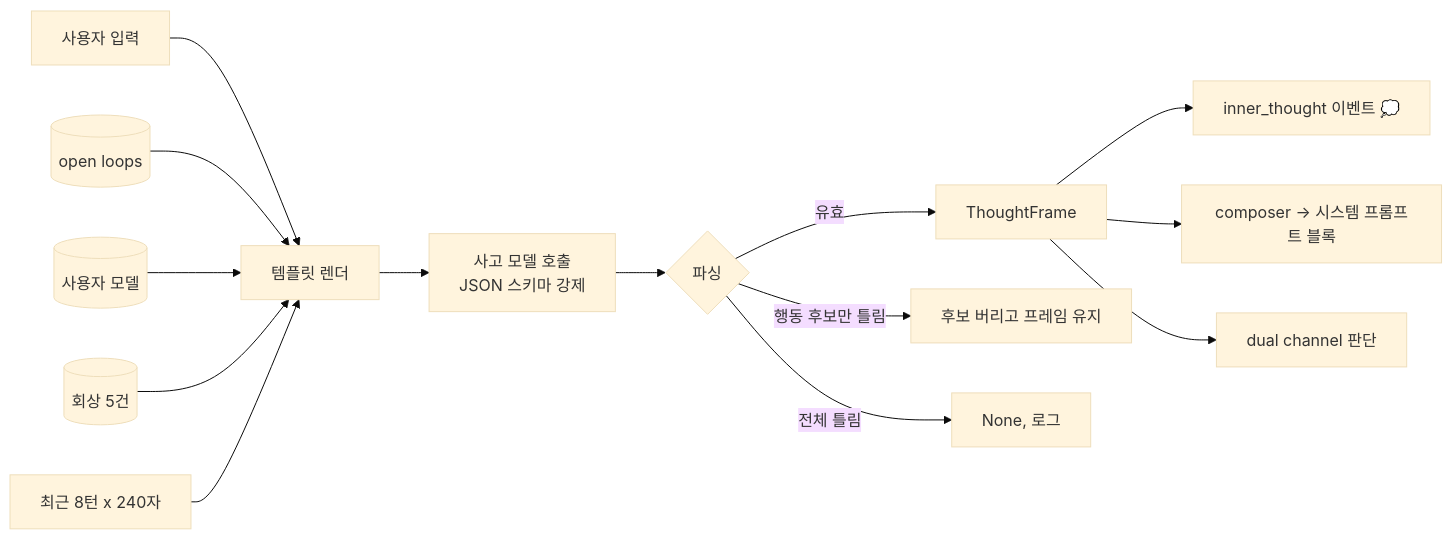
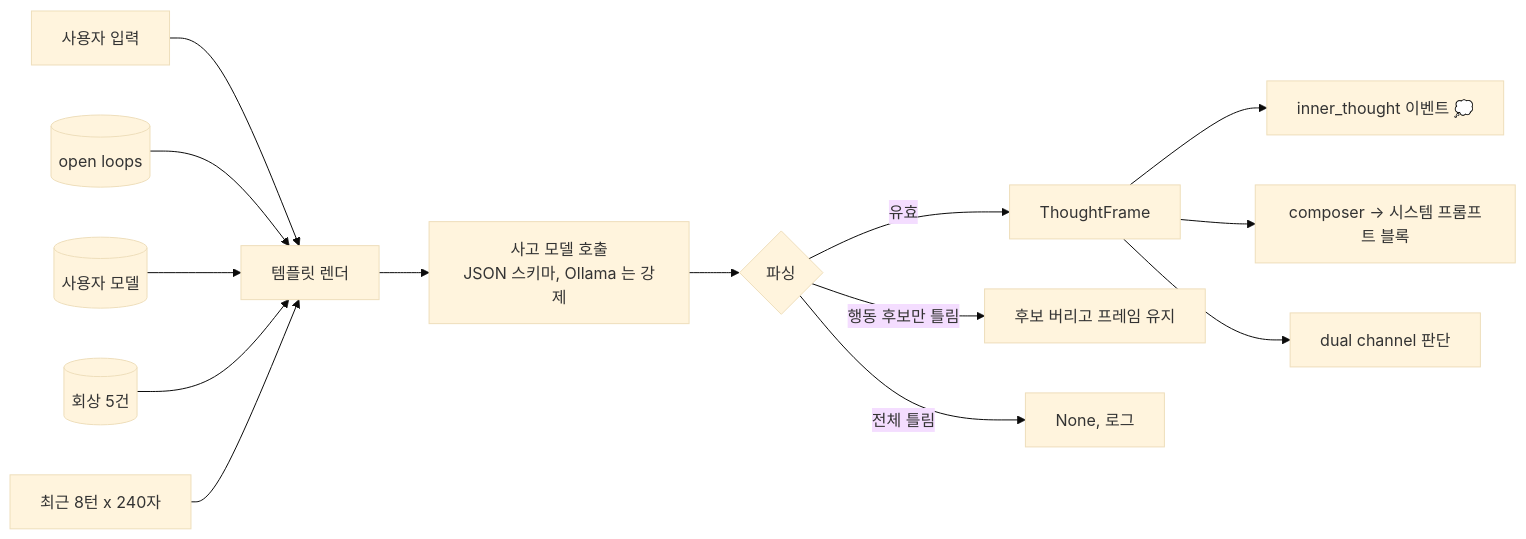
One commit to ash-hun/jarvis-agent changed the first of 4 diagrams in website/docs/concepts/architecture/inner-thought.md. Above: the diagram before and after it, drawn with Mermaid (base theme). The commit also changed other lines of this file and 30 other files, not shown here.

First line of the commit message:
Docs: 기능별 그림 13장과 캡션, mermaid 를 지금 코드에 맞춰, 사라진 메모리 미들웨어와 ThoughtFrame 약속 필드를 지우고 이후 추가된 경로를 그린다 (#179)

````diff
--- a/website/docs/concepts/architecture/inner-thought.md
+++ b/website/docs/concepts/architecture/inner-thought.md
@@ -43,16 +43,16 @@
 ```mermaid
 flowchart LR
   IN[사용자 입력] --> R[템플릿 렌더]
   OL[(open loops)] --> R
   UM[(사용자 모델)] --> R
   MEM[(회상 5건)] --> R
   HIS[최근 8턴 x 240자] --> R
-  R --> LLM[사고 모델 호출<br/>JSON 스키마 강제]
+  R --> LLM[사고 모델 호출<br/>JSON 스키마, Ollama 는 강제]
   LLM --> P{파싱}
   P -- 유효 --> F[ThoughtFrame]
   P -- 행동 후보만 틀림 --> F2[후보 버리고 프레임 유지]
   P -- 전체 틀림 --> N[None, 로그]
   F --> E[inner_thought 이벤트 💭]
   F --> C[composer → 시스템 프롬프트 블록]
   F --> D[dual channel 판단]
 ```
````
